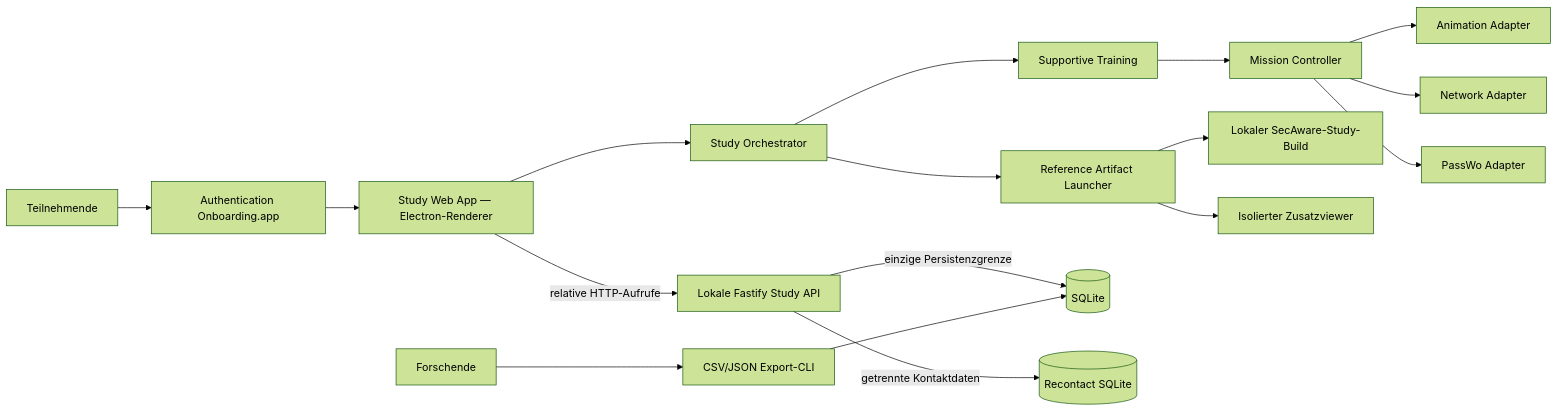
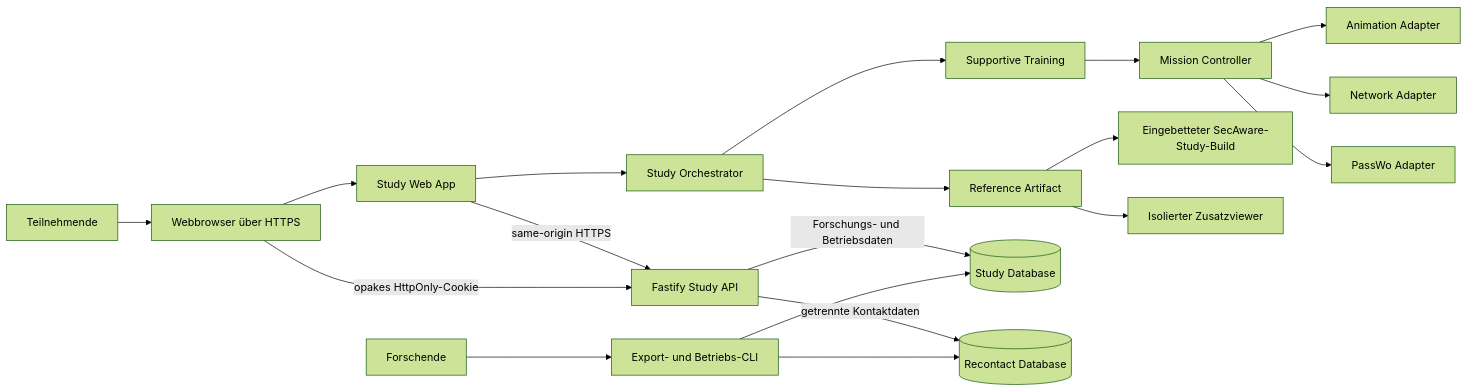
Before and after one commit to GitJestry/passwo-authentication-onboarding: the first of 2 diagrams in docs/architecture/ARCHITECTURE.md, drawn with Mermaid (forest theme). The commit also changed other lines of this file and 27 other files, not shown here.

````diff
--- a/docs/architecture/ARCHITECTURE.md
+++ b/docs/architecture/ARCHITECTURE.md
@@ -12,19 +15,21 @@
 ```mermaid
 flowchart LR
-  P[Teilnehmende] --> D[Authentication Onboarding.app]
-  D --> W[Study Web App — Electron-Renderer]
+  P[Teilnehmende] --> B[Webbrowser über HTTPS]
+  B --> W[Study Web App]
   W --> O[Study Orchestrator]
   O --> T[Supportive Training]
-  O --> X[Reference Artifact Launcher]
+  O --> X[Reference Artifact]
   T --> M[Mission Controller]
   M --> A[Animation Adapter]
   M --> N[Network Adapter]
   M --> C[PassWo Adapter]
-  W -->|relative HTTP-Aufrufe| API[Lokale Fastify Study API]
-  API -->|einzige Persistenzgrenze| DB[(SQLite)]
-  API -->|getrennte Kontaktdaten| RC[(Recontact SQLite)]
-  R[Forschende] --> E[CSV/JSON Export-CLI]
+  W -->|same-origin HTTPS| API[Fastify Study API]
+  API -->|Forschungs- und Betriebsdaten| DB[(Study Database)]
+  API -->|getrennte Kontaktdaten| RC[(Recontact Database)]
+  B -->|opakes HttpOnly-Cookie| API
+  R[Forschende] --> E[Export- und Betriebs-CLI]
   E --> DB
-  X --> S[Lokaler SecAware-Study-Build]
+  E --> RC
+  X --> S[Eingebetteter SecAware-Study-Build]
   X --> V[Isolierter Zusatzviewer]
 ```
````
